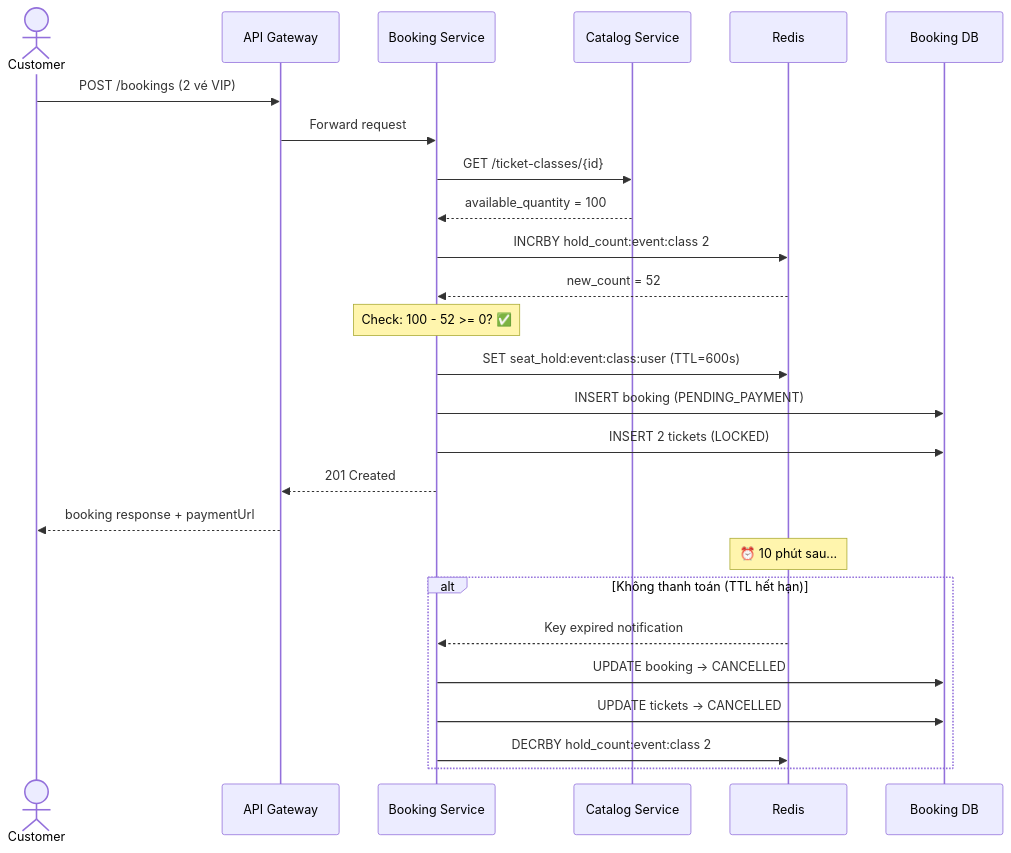
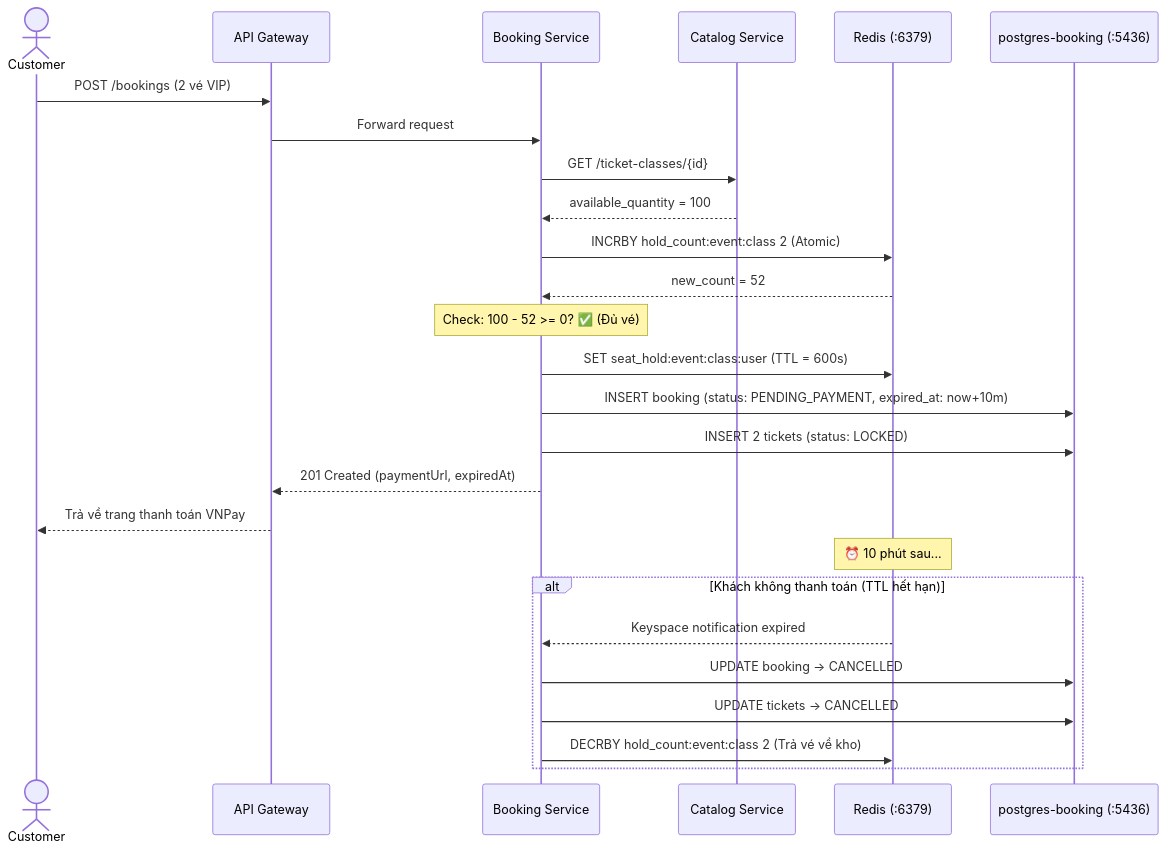
One commit to dangngockhieu/TicketBooking changed the second of 7 diagrams in docs/architecture-diagrams.md. Above: the diagram before and after it, drawn with Mermaid. The commit also changed other lines of this file and 9 other files, not shown here.

````diff
--- a/docs/architecture-diagrams.md
+++ b/docs/architecture-diagrams.md
@@ -83,36 +119,36 @@
 ```mermaid
 sequenceDiagram
     actor Customer
     participant GW as API Gateway
     participant BS as Booking Service
     participant CS as Catalog Service
-    participant Redis
-    participant DB as Booking DB
+    participant Redis as Redis (:6379)
+    participant DB as postgres-booking (:5436)
 
     Customer->>GW: POST /bookings (2 vé VIP)
     GW->>BS: Forward request
 
     BS->>CS: GET /ticket-classes/{id}
     CS-->>BS: available_quantity = 100
 
-    BS->>Redis: INCRBY hold_count:event:class 2
+    BS->>Redis: INCRBY hold_count:event:class 2 (Atomic)
     Redis-->>BS: new_count = 52
 
-    Note over BS: Check: 100 - 52 >= 0? ✅
+    Note over BS: Check: 100 - 52 >= 0? ✅ (Đủ vé)
 
-    BS->>Redis: SET seat_hold:event:class:user (TTL=600s)
-    BS->>DB: INSERT booking (PENDING_PAYMENT)
-    BS->>DB: INSERT 2 tickets (LOCKED)
+    BS->>Redis: SET seat_hold:event:class:user (TTL = 600s)
+    BS->>DB: INSERT booking (status: PENDING_PAYMENT, expired_at: now+10m)
+    BS->>DB: INSERT 2 tickets (status: LOCKED)
 
-    BS-->>GW: 201 Created
-    GW-->>Customer: booking response + paymentUrl
+    BS-->>GW: 201 Created (paymentUrl, expiredAt)
+    GW-->>Customer: Trả về trang thanh toán VNPay
 
     Note over Redis: ⏰ 10 phút sau...
-
-    alt Không thanh toán (TTL hết hạn)
-        Redis-->>BS: Key expired notification
+    
+    alt Khách không thanh toán (TTL hết hạn)
+        Redis-->>BS: Keyspace notification expired
         BS->>DB: UPDATE booking → CANCELLED
         BS->>DB: UPDATE tickets → CANCELLED
-        BS->>Redis: DECRBY hold_count:event:class 2
+        BS->>Redis: DECRBY hold_count:event:class 2 (Trả vé về kho)
     end
 ```
````
